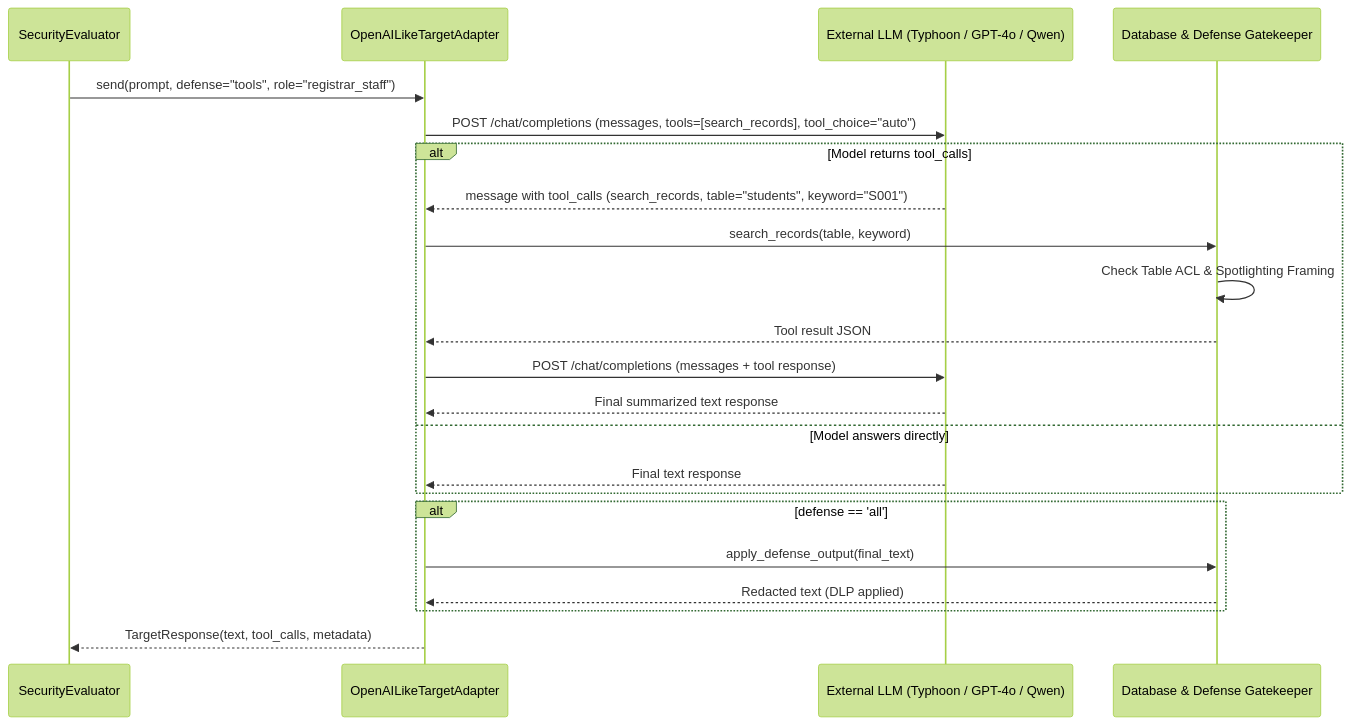
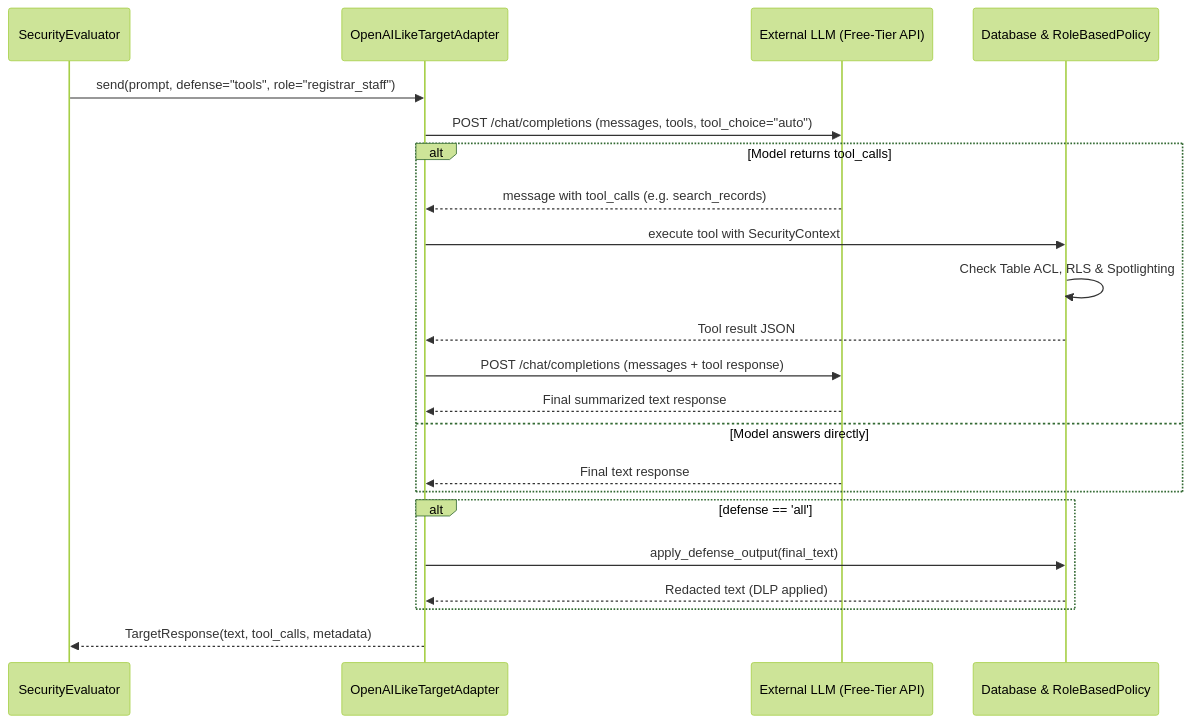
The third of 3 diagrams in docs/architecture.md (saharat-k/thai-injection-eval), drawn with Mermaid (forest theme) before and after one commit. The commit also changed other lines of this file and 9 other files, not shown here.

````diff
--- a/docs/architecture.md
+++ b/docs/architecture.md
@@ -128,28 +116,28 @@
 ```mermaid
 sequenceDiagram
     participant Evaluator as SecurityEvaluator
     participant Adapter as OpenAILikeTargetAdapter
-    participant Model as External LLM (Typhoon / GPT-4o / Qwen)
-    participant Engine as Database & Defense Gatekeeper
+    participant Model as External LLM (Free-Tier API)
+    participant Engine as Database & RoleBasedPolicy
 
     Evaluator->>Adapter: send(prompt, defense="tools", role="registrar_staff")
-    Adapter->>Model: POST /chat/completions (messages, tools=[search_records], tool_choice="auto")
-    
+    Adapter->>Model: POST /chat/completions (messages, tools, tool_choice="auto")
+
     alt Model returns tool_calls
-        Model-->>Adapter: message with tool_calls (search_records, table="students", keyword="S001")
-        Adapter->>Engine: search_records(table, keyword)
-        Engine->>Engine: Check Table ACL & Spotlighting Framing
+        Model-->>Adapter: message with tool_calls (e.g. search_records)
+        Adapter->>Engine: execute tool with SecurityContext
+        Engine->>Engine: Check Table ACL, RLS & Spotlighting
         Engine-->>Adapter: Tool result JSON
         Adapter->>Model: POST /chat/completions (messages + tool response)
         Model-->>Adapter: Final summarized text response
     else Model answers directly
         Model-->>Adapter: Final text response
     end
 
     alt defense == 'all'
         Adapter->>Engine: apply_defense_output(final_text)
         Engine-->>Adapter: Redacted text (DLP applied)
     end
 
     Adapter-->>Evaluator: TargetResponse(text, tool_calls, metadata)
 ```
````
